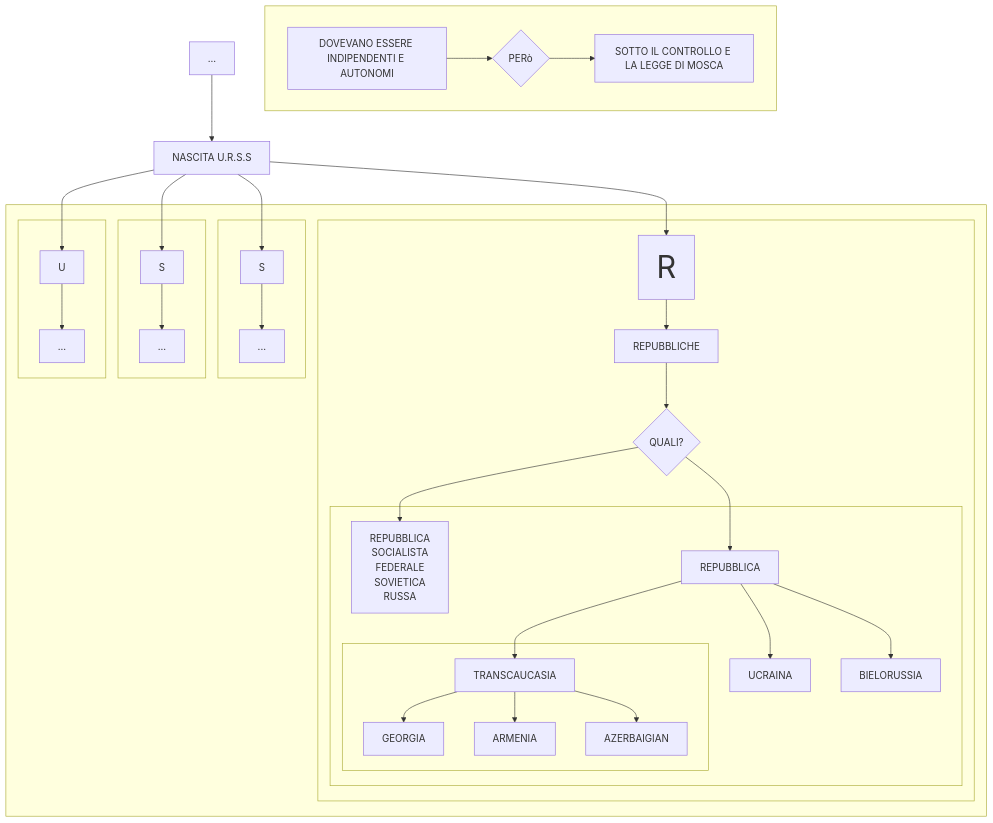
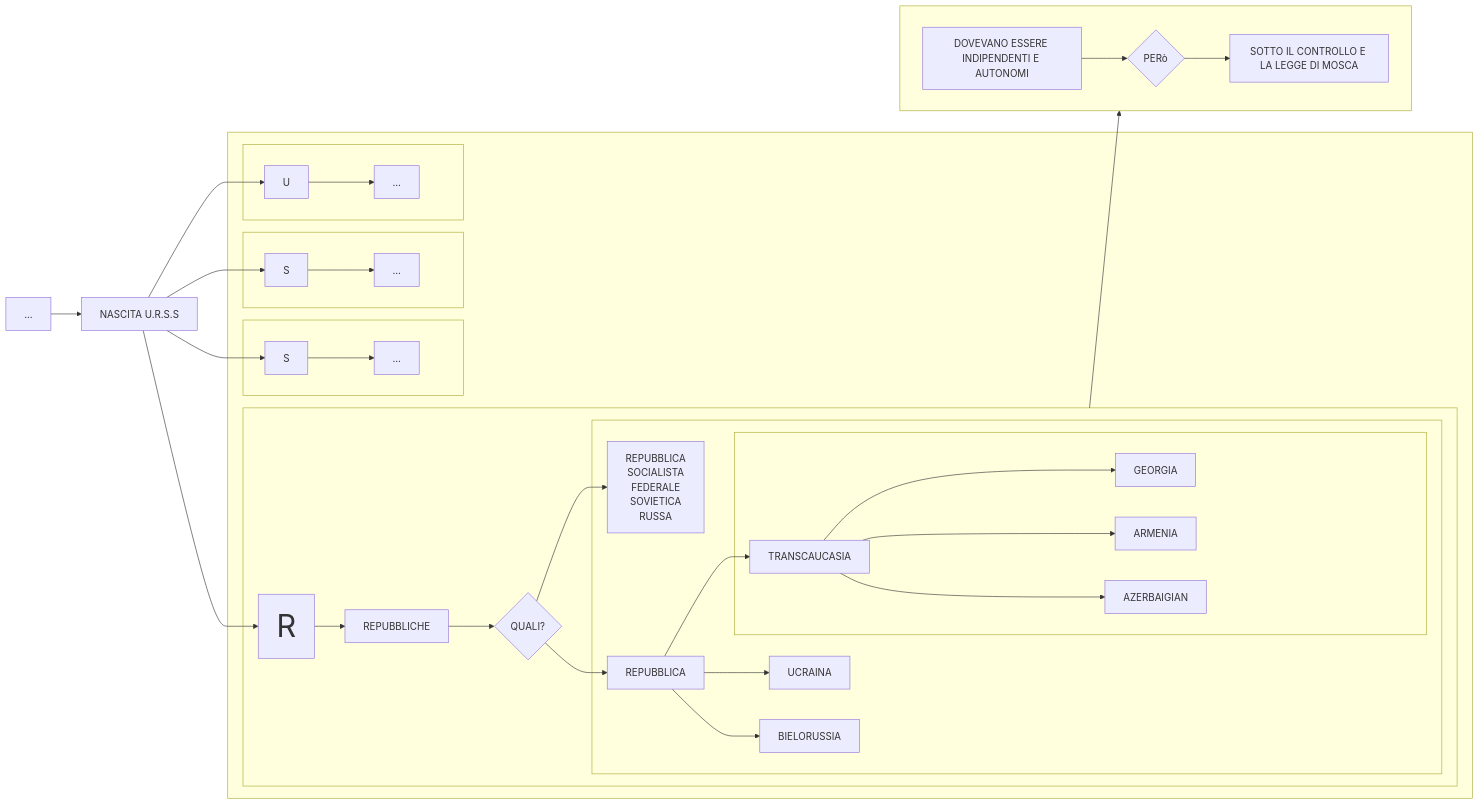
Before and after one commit to Laaouatni/ricerca-storia-MermaidJS: the diagram in prova.md, drawn with Mermaid.

````diff
--- a/prova.md
+++ b/prova.md
@@ -1,50 +1,52 @@
 ```mermaid
-flowchart TB
+flowchart LR
   classDef classGrande font-size: 50px;
   0[...]
   1[NASCITA U.R.S.S]
   subgraph 15[" "]
     subgraph 10[" "]
       100[U]
       1000[...]
       100 --> 1000
     end
     subgraph 22[" "]
       220[R]:::classGrande
       2200[REPUBBLICHE]
       22000{QUALI?}
       subgraph 3[" "]
           30[REPUBBLICA <br> SOCIALISTA <br> FEDERALE <br> SOVIETICA <br> RUSSA]
           31[REPUBBLICA]
           310[UCRAINA]
           311[BIELORUSSIA]
           subgraph 4[" "]
               312[TRANSCAUCASIA]
               3120[GEORGIA]
               3121[ARMENIA]
               3122[AZERBAIGIAN]
           end
           312 --> 3120 & 3121 & 3122
           31 --> 310 & 311 & 312
       end
       220 --> 2200 --> 22000 --> 30 & 31
     end
     subgraph 12[" "]
       120[S]
       1200[...]
       120 --> 1200
     end
     subgraph 13[" "]
       130[S]
       1300[...]
       130 --> 1300
     end
   end
   0 --> 1 --> 100 & 220 & 120 & 130
   subgraph 6[" "]
+    direction LR;
     5[DOVEVANO ESSERE INDIPENDENTI E AUTONOMI]
     50{PERò}
     500[SOTTO IL CONTROLLO E LA LEGGE DI MOSCA]
     5 --> 50 --> 500
   end
+  22 --> 6
 ```
````
